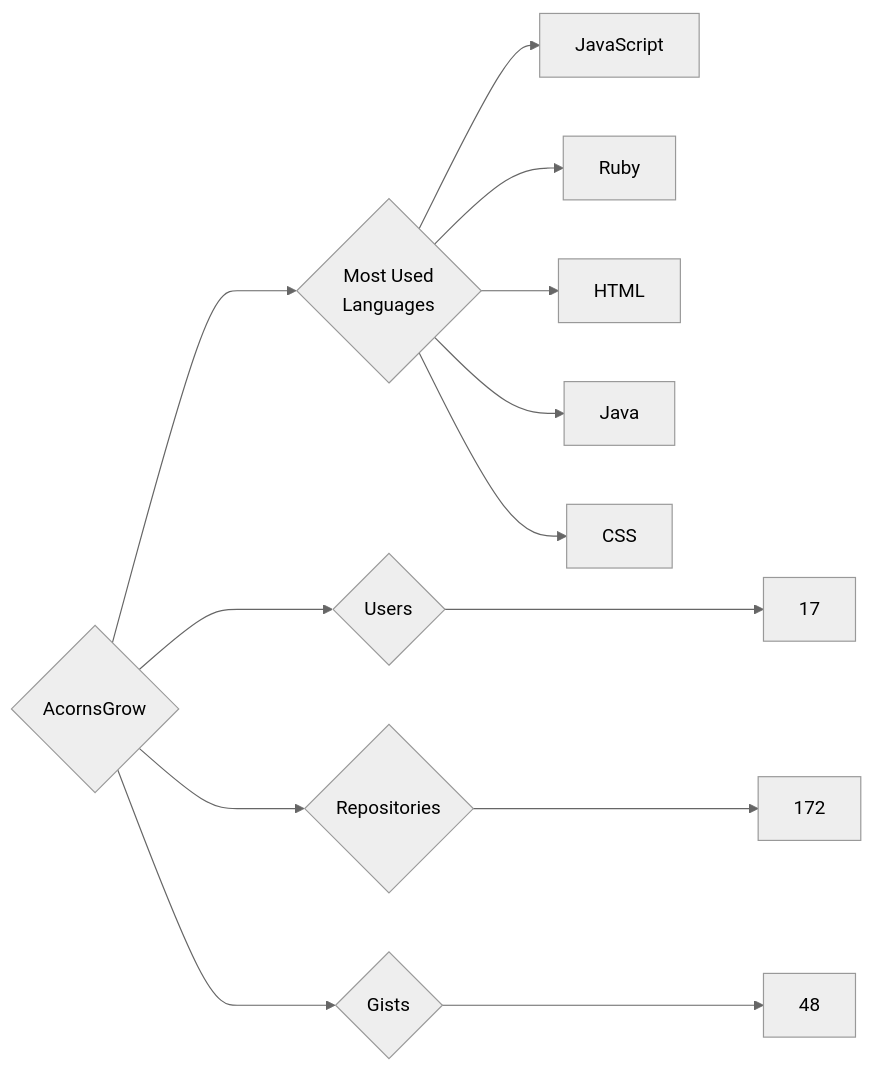
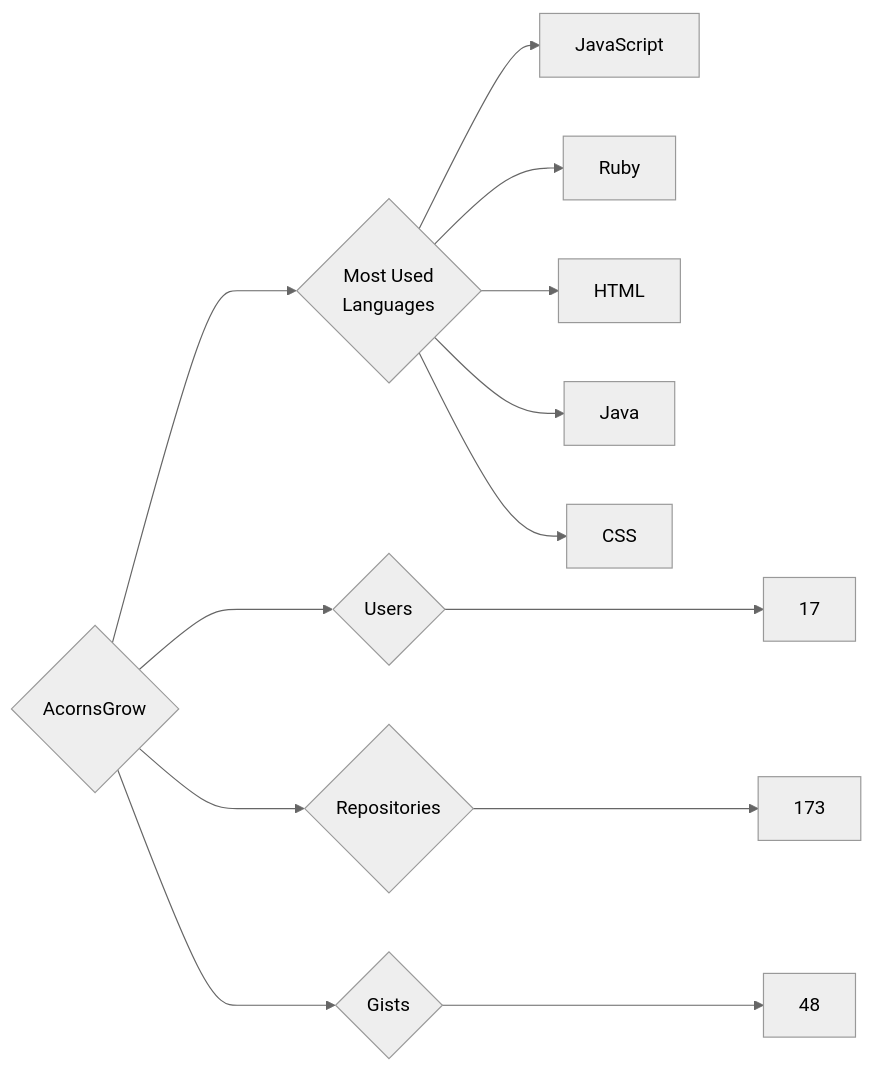
The diagram in targets/AcornsGrow/README.md (nenadzaric/insiders), drawn with Mermaid (neutral theme) before and after one commit. The commit also changed 25 other files, not shown here.

````diff
--- a/targets/AcornsGrow/README.md
+++ b/targets/AcornsGrow/README.md
@@ -3,13 +3,13 @@
 ```mermaid
 graph LR
 COMPANY_NAME{AcornsGrow}
 COMPANY_NAME ---> U{Users} ---> UN[17]
-COMPANY_NAME ---> R{Repositories} ---> RN[172]
+COMPANY_NAME ---> R{Repositories} ---> RN[173]
 COMPANY_NAME ---> G{Gists} ---> GN[48]
 COMPANY_NAME ---> ML{Most Used<br>Languages}
 ML --> JavaScript[JavaScript]
 ML --> Ruby[Ruby]
 ML --> HTML[HTML]
 ML --> Java[Java]
 ML --> CSS[CSS]
 ```
````
